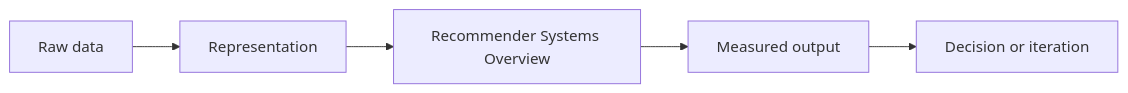
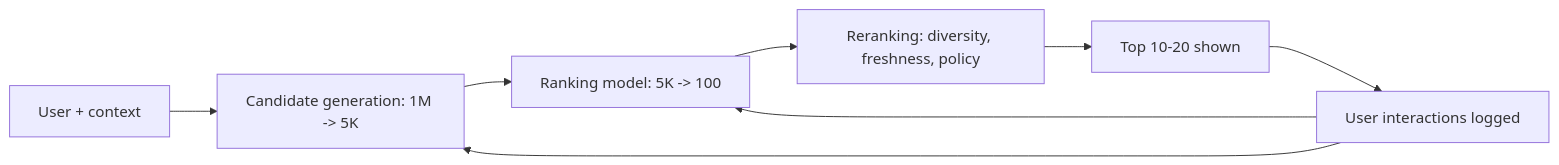
One commit to Icon1cc/Machine-Learning changed the diagram in recommender-systems/01-recommender-systems-overview.md. Above: the diagram before and after it, drawn with Mermaid. The commit also changed other lines of this file and 264 other files, not shown here.

````diff
--- a/recommender-systems/01-recommender-systems-overview.md
+++ b/recommender-systems/01-recommender-systems-overview.md
@@ -92,7 +300,10 @@
 ```mermaid
 flowchart LR
-    A[Raw data] --> B[Representation]
-    B --> C[Recommender Systems Overview]
-    C --> D[Measured output]
-    D --> E[Decision or iteration]
+    U[User + context] --> CG[Candidate generation: 1M -> 5K]
+    CG --> R[Ranking model: 5K -> 100]
+    R --> RR[Reranking: diversity, freshness, policy]
+    RR --> S[Top 10-20 shown]
+    S --> L[User interactions logged]
+    L --> CG
+    L --> R
 ```
````
